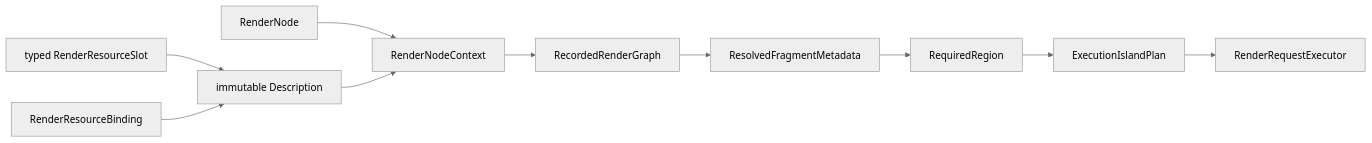
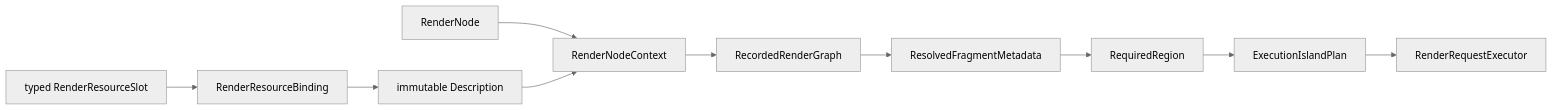
Before and after one commit to b-editor/beutl: the diagram in docs/specs/004-gpu-pass-fusion/data-model.md, drawn with Mermaid (neutral theme). The commit also changed other lines of this file and 65 other files, not shown here.

First line of the commit message:
refactor(engine)!: simplify render resource bindings

````diff
--- a/docs/specs/004-gpu-pass-fusion/data-model.md
+++ b/docs/specs/004-gpu-pass-fusion/data-model.md
@@ -5,12 +5,12 @@
 ```mermaid
 flowchart LR
     N[RenderNode] --> C[RenderNodeContext]
     C --> G[RecordedRenderGraph]
-    S[typed RenderResourceSlot] --> D[immutable Description]
-    B[RenderResourceBinding] --> D
+    S[typed RenderResourceSlot] --> B[RenderResourceBinding]
+    B --> D[immutable Description]
     D --> C
     G --> M[ResolvedFragmentMetadata]
     M --> R[RequiredRegion]
     R --> P[ExecutionIslandPlan]
     P --> E[RenderRequestExecutor]
 ```
````
